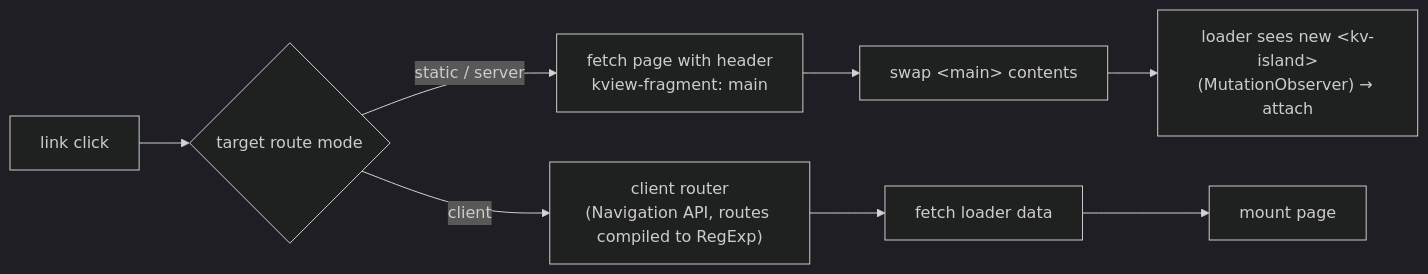
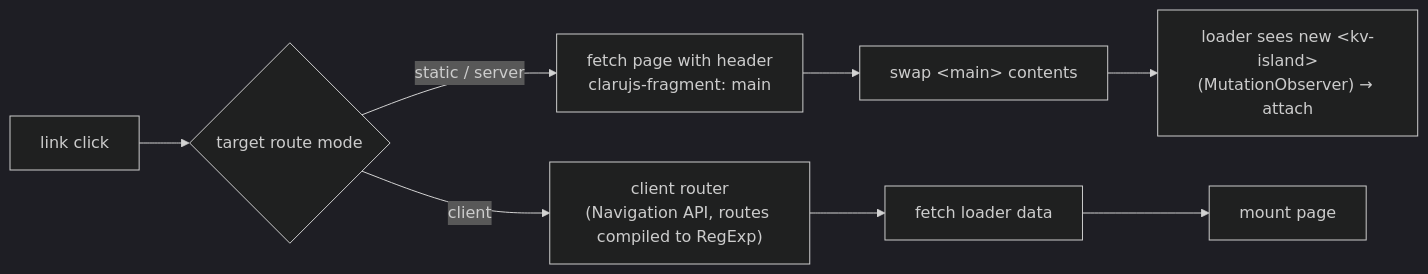
Before and after one commit to forinda/clarusjs: the fifth of 8 diagrams in docs/architecture.md, drawn with Mermaid (dark theme). The commit also changed other lines of this file and 27 other files, not shown here.

````diff
--- a/docs/architecture.md
+++ b/docs/architecture.md
@@ -359,9 +359,9 @@
 ```mermaid
 flowchart LR
   A[link click] --> Q{target route mode}
-  Q -- static / server --> F["fetch page with header<br/>kview-fragment: main"]
+  Q -- static / server --> F["fetch page with header<br/>clarujs-fragment: main"]
   F --> SW["swap &lt;main&gt; contents"]
   SW --> AT["loader sees new &lt;kv-island&gt;<br/>(MutationObserver) → attach"]
   Q -- client --> RT["client router<br/>(Navigation API, routes compiled to RegExp)"]
   RT --> LD["fetch loader data"] --> MT["mount page"]
 ```
````
